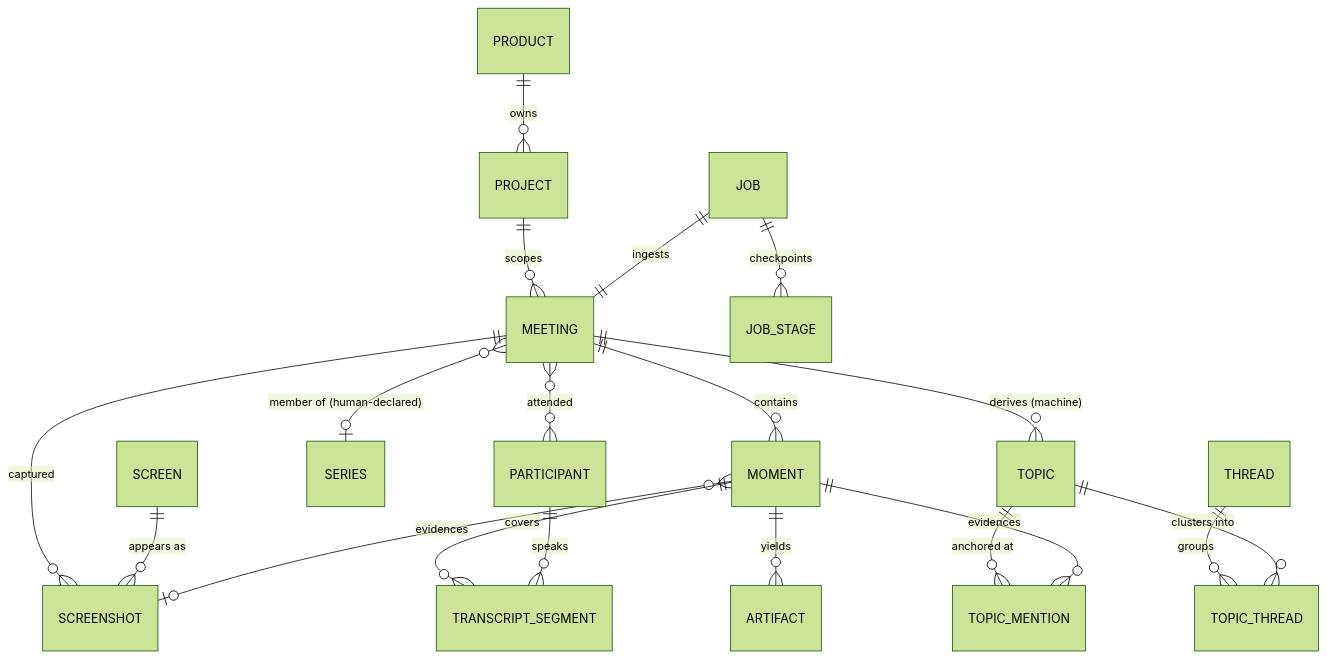
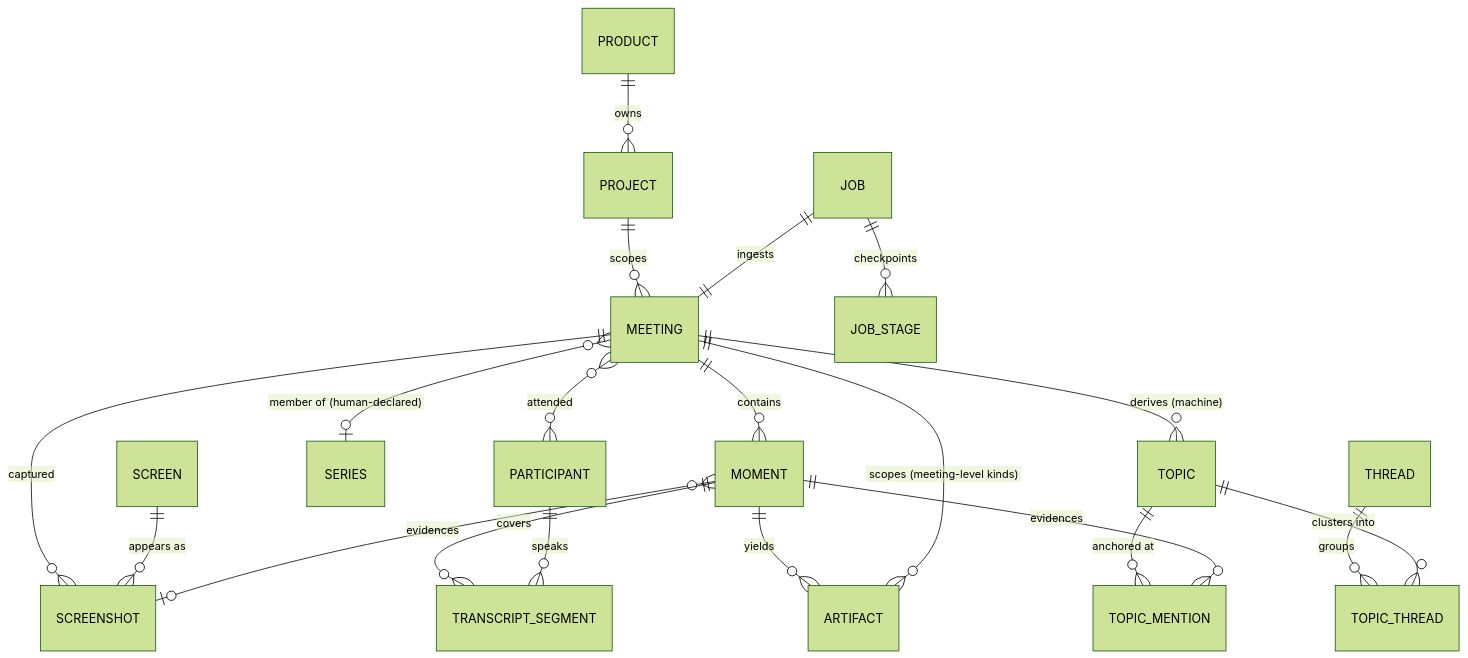
The sixth of 6 diagrams in _bmad-output/planning-artifacts/architecture/architecture-meetingminer-2026-08-16/ARCHITECTURE-SPINE.md (tgoeke/july-2026-ai-americas-cohort-meetingminer), drawn with Mermaid (forest theme) before and after one commit. The commit also changed other lines of this file and 1 other file, not shown here.

````diff
--- a/_bmad-output/planning-artifacts/architecture/architecture-meetingminer-2026-08-16/ARCHITECTURE-SPINE.md
+++ b/_bmad-output/planning-artifacts/architecture/architecture-meetingminer-2026-08-16/ARCHITECTURE-SPINE.md
@@ -375,21 +376,22 @@
 ```mermaid
 erDiagram
     MEETING ||--o{ MOMENT : contains
     MEETING ||--o{ SCREENSHOT : captured
     MEETING }o--o{ PARTICIPANT : attended
     MEETING }o--o| SERIES : "member of (human-declared)"
     PROJECT ||--o{ MEETING : scopes
     PRODUCT ||--o{ PROJECT : owns
     SCREEN ||--o{ SCREENSHOT : "appears as"
     MOMENT }o--o| SCREENSHOT : evidences
     MOMENT ||--o{ TRANSCRIPT_SEGMENT : covers
     MOMENT ||--o{ ARTIFACT : yields
+    MEETING ||--o{ ARTIFACT : "scopes (meeting-level kinds)"
     PARTICIPANT ||--o{ TRANSCRIPT_SEGMENT : speaks
     JOB ||--o{ JOB_STAGE : checkpoints
     JOB ||--|| MEETING : ingests
     MEETING ||--o{ TOPIC : "derives (machine)"
     TOPIC ||--o{ TOPIC_MENTION : "anchored at"
     MOMENT ||--o{ TOPIC_MENTION : evidences
     THREAD ||--o{ TOPIC_THREAD : groups
     TOPIC ||--o{ TOPIC_THREAD : "clusters into"
 ```
````
